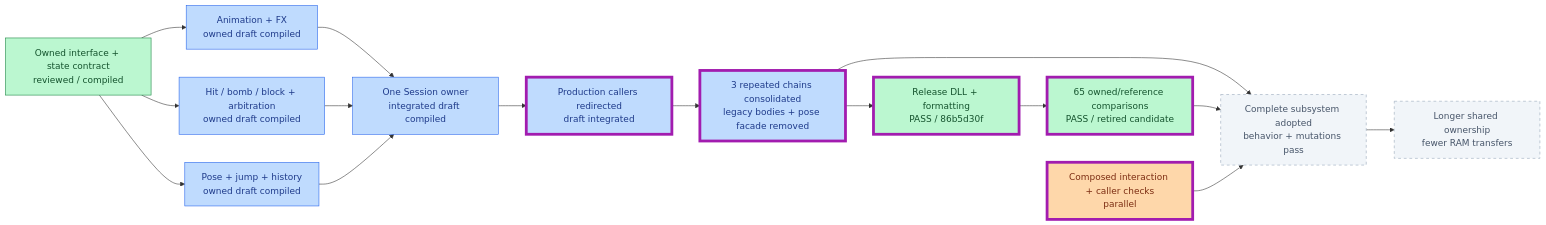
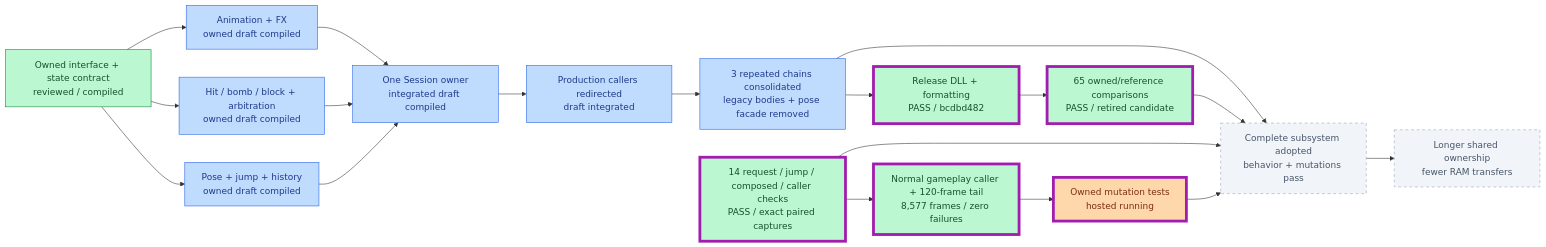
Before and after one commit to JimLundin/sm-decomp: the second of 24 diagrams in PROGRESS.md, drawn with Mermaid. The commit also changed other lines of this file and 1 other file, not shown here.

Commit message:
Report 79 owned comparisons and active hosted mutation checks
Documentation only. Static diff and progress checks pass. Sourcebcdbd482 passes79 paired components and8577frames with zero failures; final candidate5e546bdc runs hosted96 checks in40078990293. Audited production+238 and verification Rust+2414; main gameplay remains unchanged pending adoption.

````diff
--- a/PROGRESS.md
+++ b/PROGRESS.md
@@ -27,22 +27,24 @@
 ```mermaid
 flowchart LR
     DESIGN["Owned interface + state contract<br/>reviewed / compiled"]:::done --> ANIM["Animation + FX<br/>owned draft compiled"]:::draft
     DESIGN --> REQUEST["Hit / bomb / block + arbitration<br/>owned draft compiled"]:::draft
     DESIGN --> POSE["Pose + jump + history<br/>owned draft compiled"]:::draft
     ANIM --> OWNER["One Session owner<br/>integrated draft compiled"]:::draft
     REQUEST --> OWNER
     POSE --> OWNER
     OWNER --> CALLERS["Production callers redirected<br/>draft integrated"]:::draft
     CALLERS --> DELETE["3 repeated chains consolidated<br/>legacy bodies + pose facade removed"]:::draft
     DELETE --> ADOPT["Complete subsystem adopted<br/>behavior + mutations pass"]:::pending
-    DELETE --> BUILD["Release DLL + formatting<br/>PASS / 86b5d30f"]:::done
+    DELETE --> BUILD["Release DLL + formatting<br/>PASS / bcdbd482"]:::done
     BUILD --> COMPARE["65 owned/reference comparisons<br/>PASS / retired candidate"]:::done --> ADOPT
-    CHECKS["Composed interaction + caller checks<br/>parallel"]:::active --> ADOPT
+    CHECKS["14 request / jump / composed / caller checks<br/>PASS / exact paired captures"]:::done --> ADOPT
+    CHECKS --> MOVIE["Normal gameplay caller + 120-frame tail<br/>8,577 frames / zero failures"]:::done
+    MOVIE --> MUT["Owned mutation tests<br/>hosted running"]:::active --> ADOPT
     ADOPT --> NEXT["Longer shared ownership<br/>fewer RAM transfers"]:::pending
-    class CALLERS,DELETE,BUILD,COMPARE,CHECKS changed
+    class BUILD,COMPARE,CHECKS,MOVIE,MUT changed
     classDef done fill:#bbf7d0,stroke:#15803d,color:#14532d
     classDef draft fill:#bfdbfe,stroke:#2563eb,color:#1e3a8a
     classDef active fill:#fed7aa,stroke:#ea580c,color:#7c2d12
     classDef pending fill:#f1f5f9,stroke:#94a3b8,color:#475569,stroke-dasharray:5 5
     classDef changed stroke:#a21caf,stroke-width:5px
 ```
````
